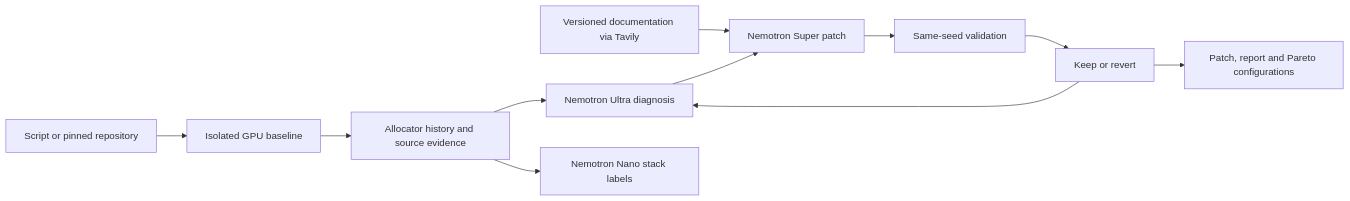
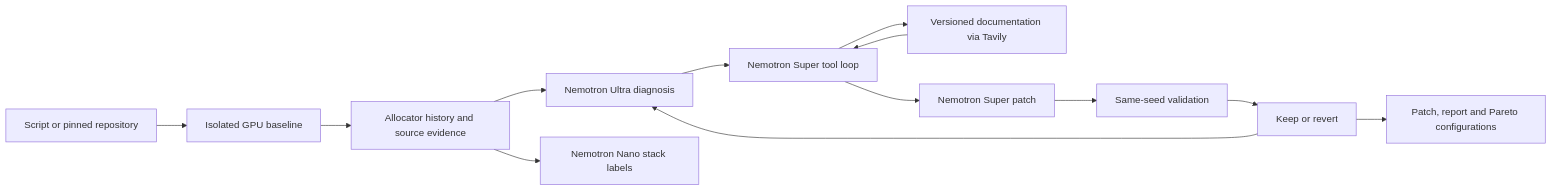
The diagram in README.md (xiaodouzi666/headroom), drawn with Mermaid before and after one commit. The commit also changed other lines of this file and 52 other files, not shown here.

````diff
--- a/README.md
+++ b/README.md
@@ -14,13 +14,15 @@
 ```mermaid
 flowchart LR
   Input[Script or pinned repository] --> Lab[Isolated GPU baseline]
   Lab --> Evidence[Allocator history and source evidence]
   Evidence --> Ultra[Nemotron Ultra diagnosis]
-  Tavily[Versioned documentation via Tavily] --> Super
-  Ultra --> Super[Nemotron Super patch]
+  Ultra --> SuperResearch[Nemotron Super tool loop]
+  SuperResearch --> Tavily[Versioned documentation via Tavily]
+  Tavily --> SuperResearch
+  SuperResearch --> Super[Nemotron Super patch]
   Evidence --> Nano[Nemotron Nano stack labels]
   Super --> Verify[Same-seed validation]
   Verify --> Search[Keep or revert]
   Search --> Ultra
   Search --> Report[Patch, report and Pareto configurations]
 ```
````
